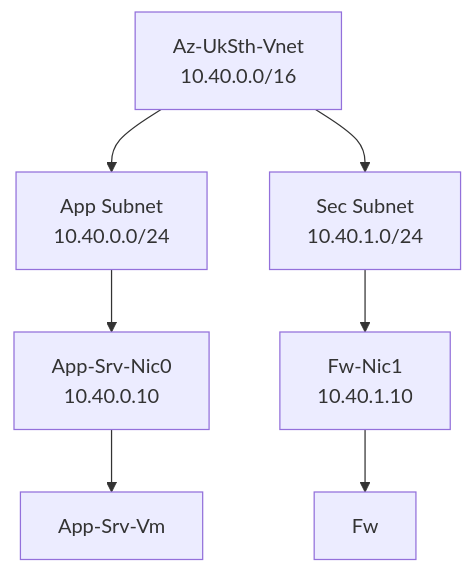
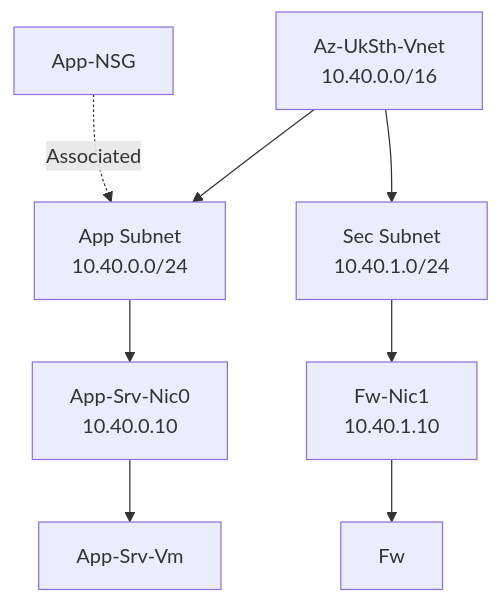
One commit to hasanfarag199/AZ-700-Azure_Network_Associate changed the diagram in README.md. Above: the diagram before and after it, drawn with Mermaid.

Commit message:
Enhance mermaid diagram in README
Updated the mermaid diagram to include NSG and correct connections.

````diff
--- a/README.md
+++ b/README.md
@@ -1,13 +1,26 @@
 ```mermaid
 graph TD
     VNET["Az-UkSth-Vnet<br/>10.40.0.0/16"]
 
-    VNET --> APP["App Subnet<br/>10.40.0.0/24"]
-    VNET --> SEC["Sec Subnet<br/>10.40.1.0/24"]
+    APP["App Subnet<br/>10.40.0.0/24"]
+    SEC["Sec Subnet<br/>10.40.1.0/24"]
 
-    APP --> NIC1["App-Srv-Nic0<br/>10.40.0.10"]
-    NIC1 --> VM1["App-Srv-Vm"]
+    NSG["App-NSG"]
 
-    SEC --> NIC2["Fw-Nic1<br/>10.40.1.10"]
-    NIC2 --> FW["Fw"]
+    NIC1["App-Srv-Nic0<br/>10.40.0.10"]
+    VM1["App-Srv-Vm"]
+
+    NIC2["Fw-Nic1<br/>10.40.1.10"]
+    FW["Fw"]
+
+    VNET --> APP
+    VNET --> SEC
+
+    NSG -. Associated .-> APP
+
+    APP --> NIC1
+    NIC1 --> VM1
+
+    SEC --> NIC2
+    NIC2 --> FW
 ```
````
